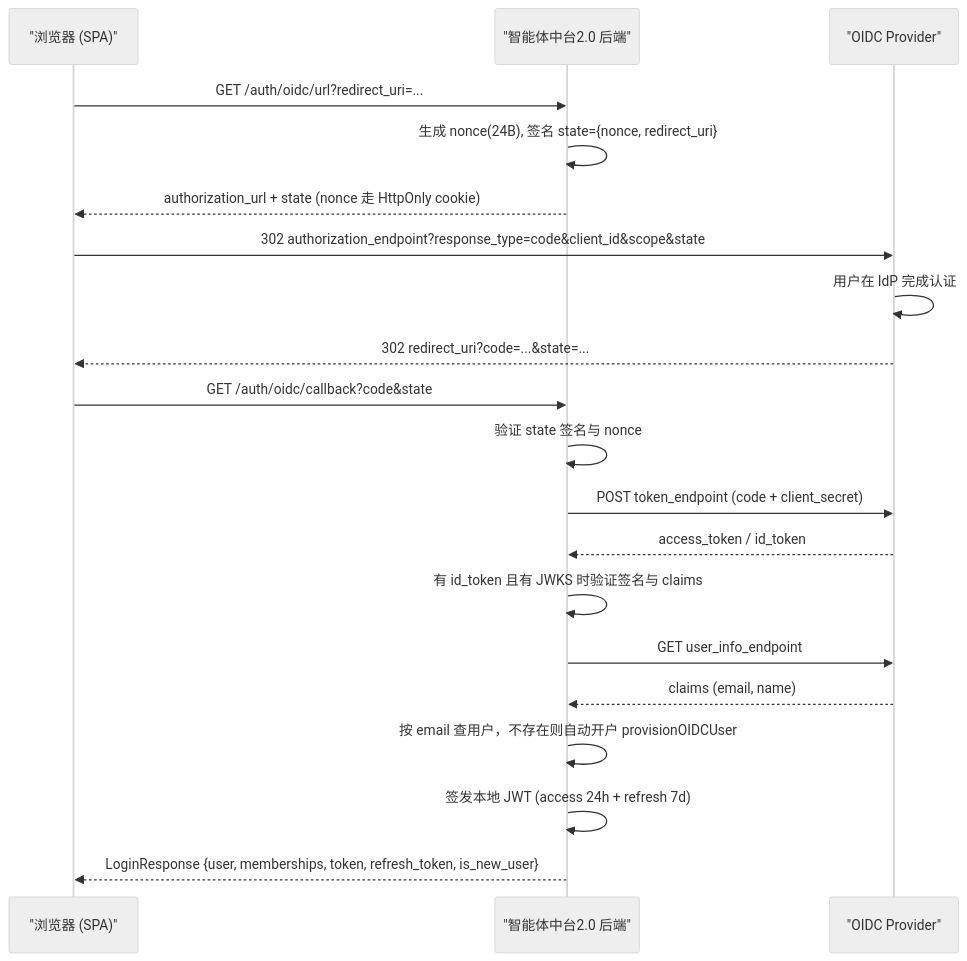
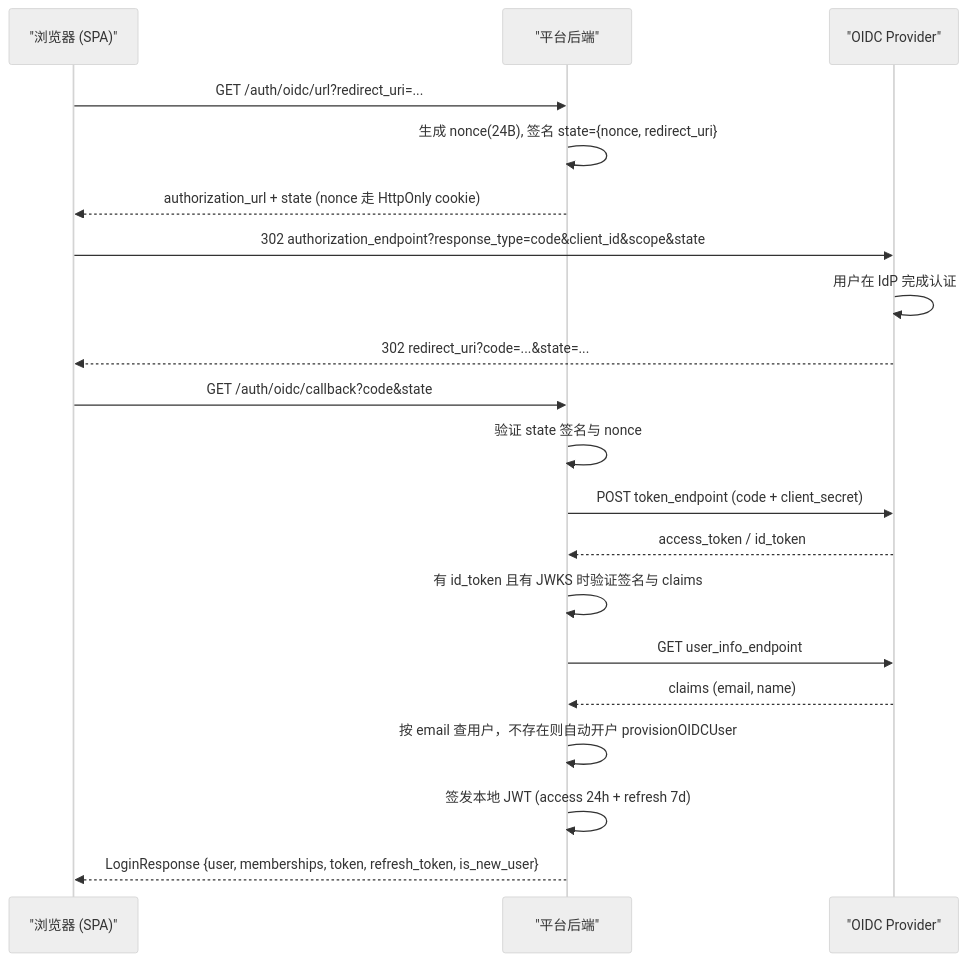
Before and after one commit to qinlei131479/WeKnora: the second of 2 diagrams in apps/docs/03-features/01-tenant-auth.md, drawn with Mermaid (neutral theme). The commit also changed other lines of this file and 58 other files, not shown here.

````diff
--- a/apps/docs/03-features/01-tenant-auth.md
+++ b/apps/docs/03-features/01-tenant-auth.md
@@ -425,22 +425,22 @@
 ```mermaid
 sequenceDiagram
     participant B as "浏览器 (SPA)"
-    participant W as "智能体中台2.0 后端"
+    participant W as "平台后端"
     participant IdP as "OIDC Provider"
     B->>W: GET /auth/oidc/url?redirect_uri=...
     W->>W: 生成 nonce(24B), 签名 state={nonce, redirect_uri}
     W-->>B: authorization_url + state (nonce 走 HttpOnly cookie)
     B->>IdP: 302 authorization_endpoint?response_type=code&client_id&scope&state
     IdP->>IdP: 用户在 IdP 完成认证
     IdP-->>B: 302 redirect_uri?code=...&state=...
     B->>W: GET /auth/oidc/callback?code&state
     W->>W: 验证 state 签名与 nonce
     W->>IdP: POST token_endpoint (code + client_secret)
     IdP-->>W: access_token / id_token
     W->>W: 有 id_token 且有 JWKS 时验证签名与 claims
     W->>IdP: GET user_info_endpoint
     IdP-->>W: claims (email, name)
     W->>W: 按 email 查用户，不存在则自动开户 provisionOIDCUser
     W->>W: 签发本地 JWT (access 24h + refresh 7d)
     W-->>B: LoginResponse {user, memberships, token, refresh_token, is_new_user}
 ```
````
